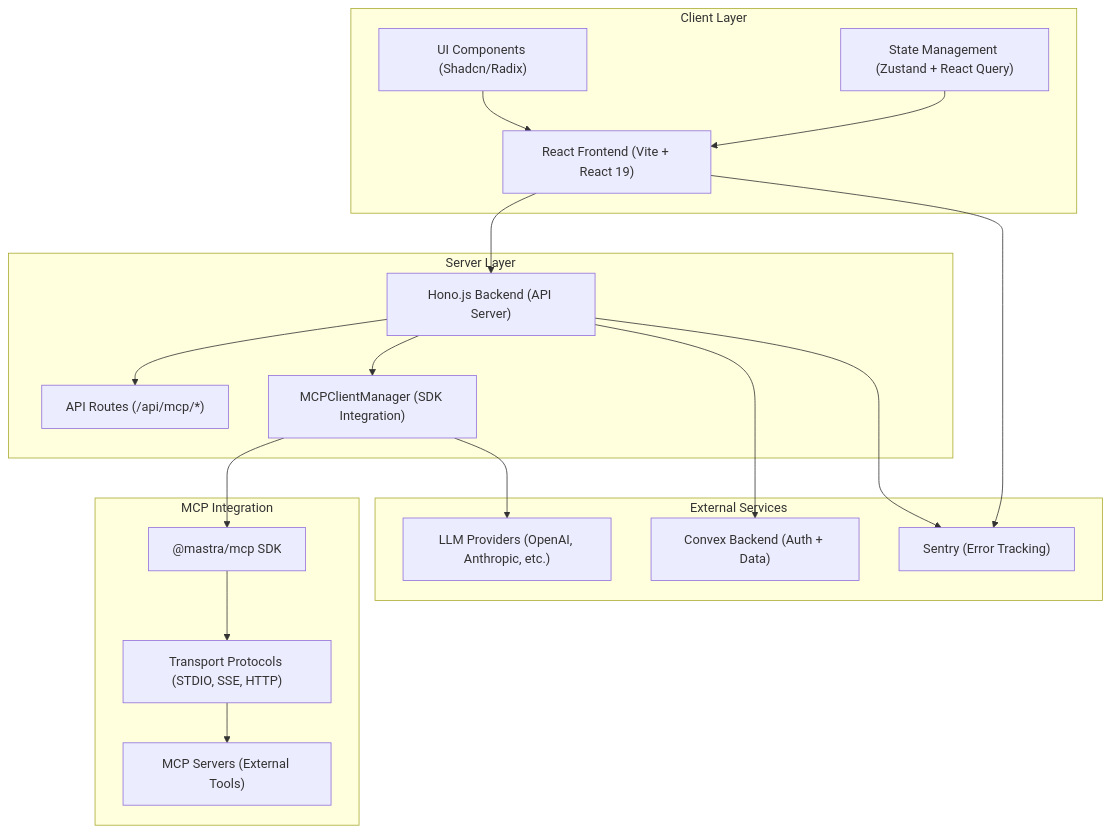
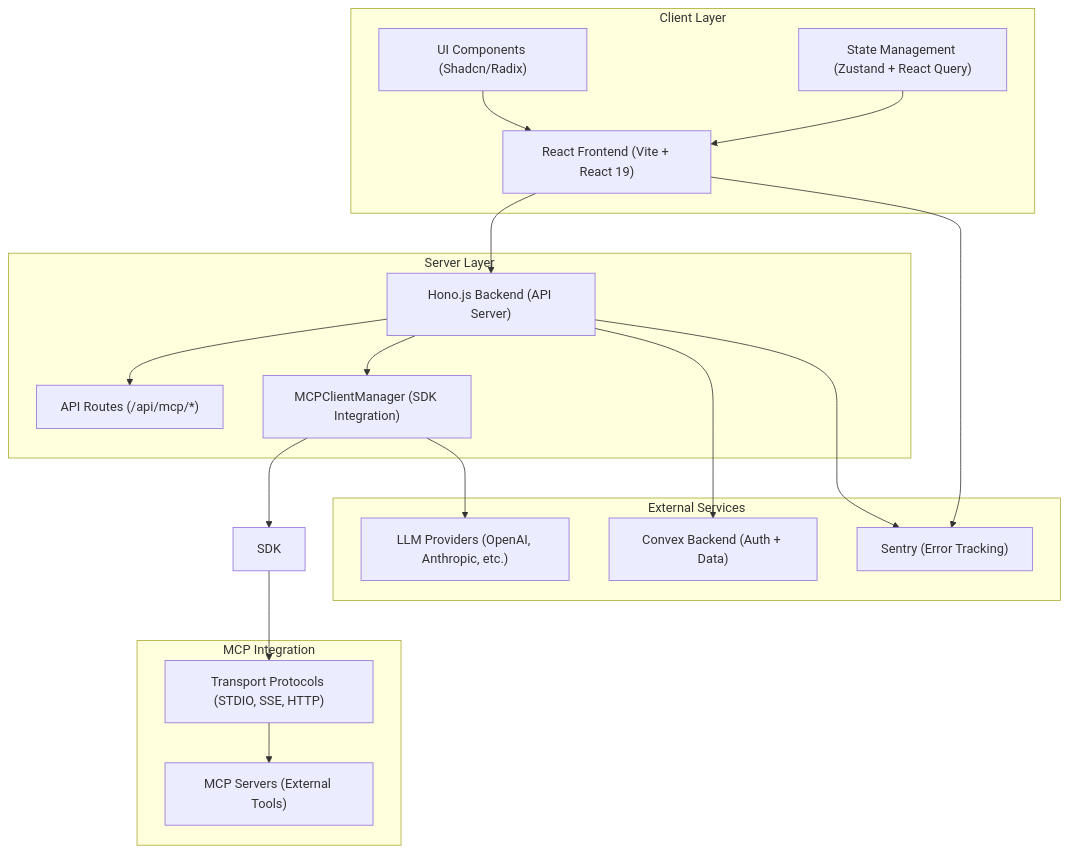
Before and after one commit to and1can/inspector: the first of 17 diagrams in docs/contributing/system-architecture.mdx, drawn with Mermaid. The commit also changed 38 other files, not shown here.

Commit message:
Remove Mastra MCP Client and evals CLI from codebase (#964)

````diff
--- a/docs/contributing/system-architecture.mdx
+++ b/docs/contributing/system-architecture.mdx
@@ -27,39 +27,38 @@
 ```mermaid
 graph TB
     subgraph Client["Client Layer"]
         React["React Frontend (Vite + React 19)"]
         UI["UI Components (Shadcn/Radix)"]
         Stores["State Management (Zustand + React Query)"]
     end
 
     subgraph Server["Server Layer"]
         Hono["Hono.js Backend (API Server)"]
         MCPManager["MCPClientManager (SDK Integration)"]
         Routes["API Routes (/api/mcp/*)"]
     end
 
     subgraph MCP["MCP Integration"]
-        SDK["@mastra/mcp SDK"]
         Transports["Transport Protocols (STDIO, SSE, HTTP)"]
         MCPServers["MCP Servers (External Tools)"]
     end
 
     subgraph External["External Services"]
         Convex["Convex Backend (Auth + Data)"]
         LLMs["LLM Providers (OpenAI, Anthropic, etc.)"]
         Sentry["Sentry (Error Tracking)"]
     end
 
     React --> Hono
     UI --> React
     Stores --> React
     Hono --> Routes
     Hono --> MCPManager
     MCPManager --> SDK
     SDK --> Transports
     Transports --> MCPServers
     Hono --> Convex
     MCPManager --> LLMs
     Hono --> Sentry
     React --> Sentry
 ```
````
